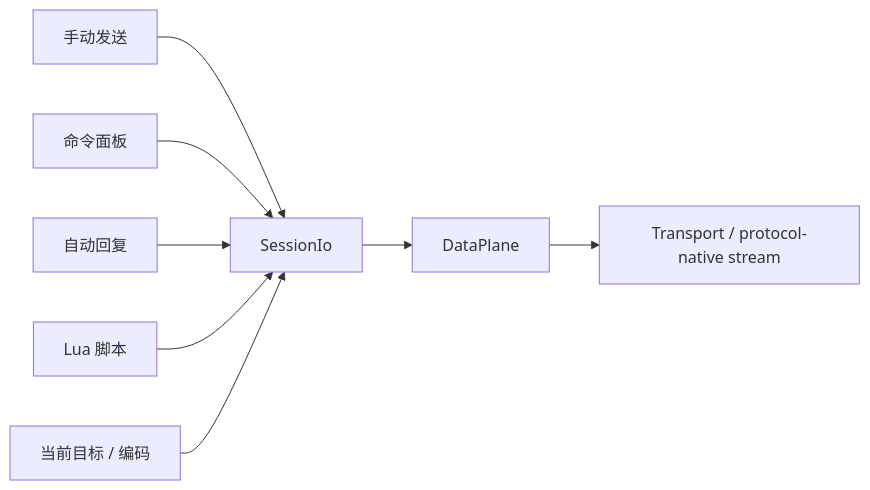
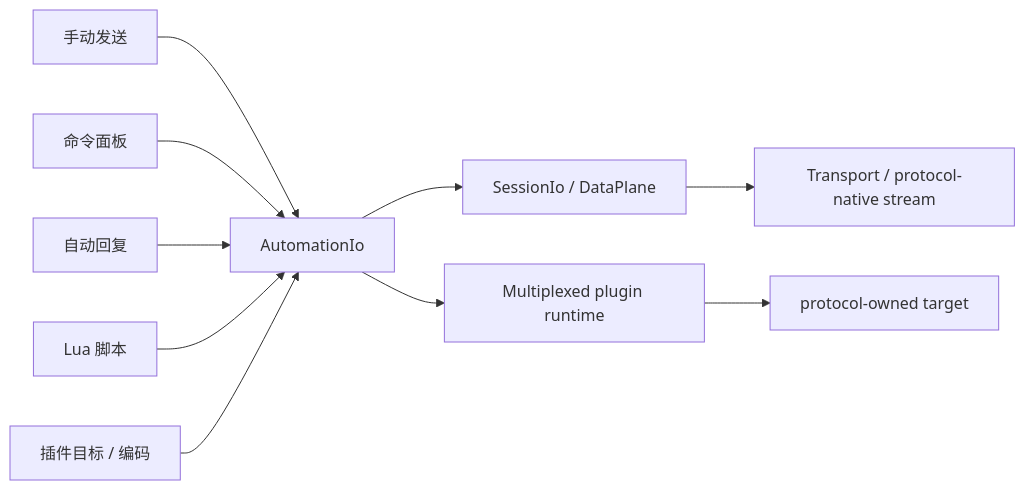
Before and after one commit to hamburger-os/TauTerm: the diagram in docs/modules/AUTOMATION.md, drawn with Mermaid. The commit also changed other lines of this file and 52 other files, not shown here.

````diff
--- a/docs/modules/AUTOMATION.md
+++ b/docs/modules/AUTOMATION.md
@@ -29,10 +29,12 @@
 ```mermaid
 flowchart LR
-  Manual["手动发送"] --> Io["SessionIo"]
+  Manual["手动发送"] --> Io["AutomationIo"]
   Command["命令面板"] --> Io
   Reply["自动回复"] --> Io
   Script["Lua 脚本"] --> Io
-  Target["当前目标 / 编码"] --> Io
-  Io --> DP["DataPlane"]
-  DP --> Transport["Transport / protocol-native stream"]
+  Target["插件目标 / 编码"] --> Io
+  Io --> Stream["SessionIo / DataPlane"]
+  Io --> Multi["Multiplexed plugin runtime"]
+  Stream --> Transport["Transport / protocol-native stream"]
+  Multi --> TargetIo["protocol-owned target"]
 ```
````
